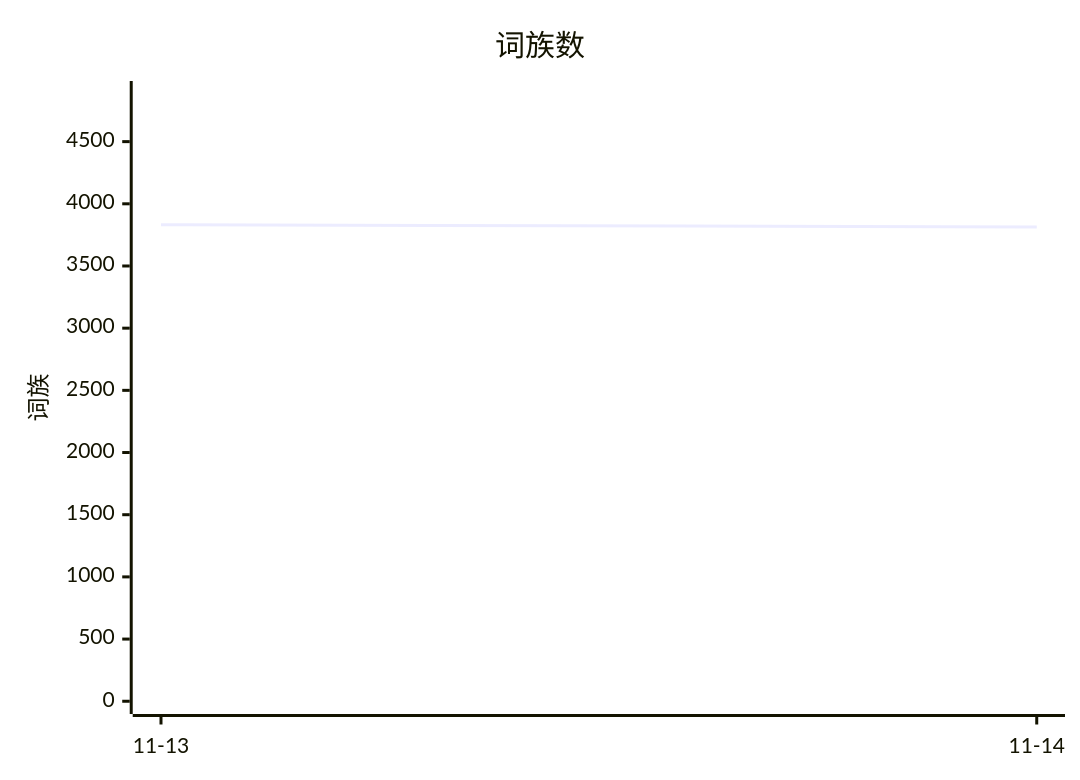
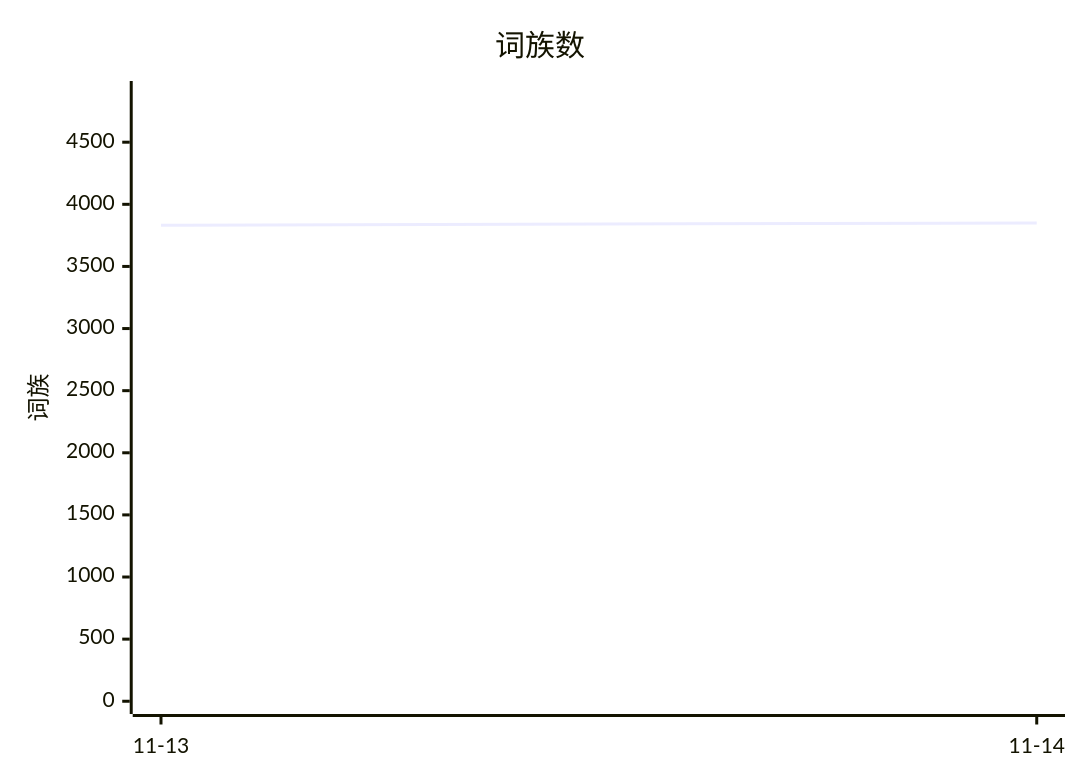
The diagram in README.md (Frank-Humingtao/english-profile), drawn with Mermaid before and after one commit. The commit also changed other lines of this file and 4 other files, not shown here.

````diff
--- a/README.md
+++ b/README.md
@@ -13,7 +13,7 @@
 ```mermaid
 xychart-beta
   title "词族数"
   x-axis ["11-13", "11-14"]
-  y-axis "词族" 0 --> 4885
-  line [3832, 3814]
+  y-axis "词族" 0 --> 4890
+  line [3832, 3850]
 ```
````
